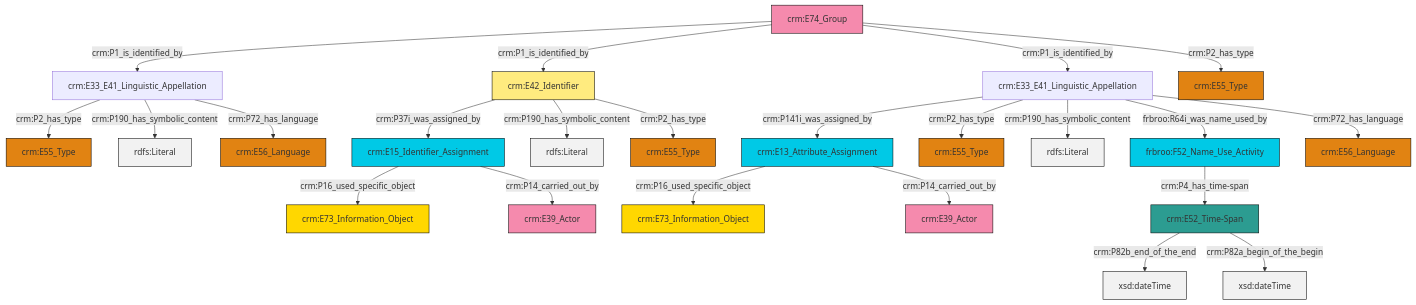
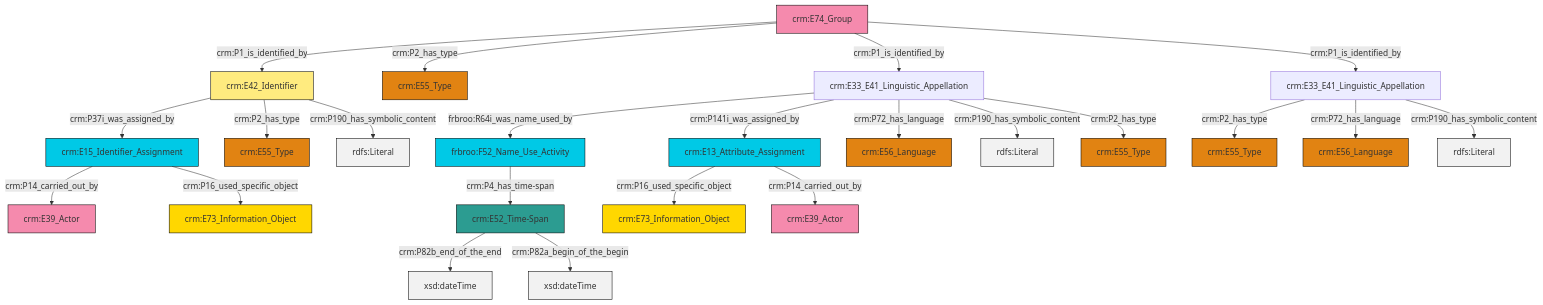
One commit to swiss-art-research-net/docs.swissartresearch changed the diagram in et/groupCSV/ttl/mmd/group_name.ttl.mmd. Above: the diagram before and after it, drawn with Mermaid. The commit also changed 180 other files, not shown here.

```diff
--- a/et/groupCSV/ttl/mmd/group_name.ttl.mmd
+++ b/et/groupCSV/ttl/mmd/group_name.ttl.mmd
@@ -1,37 +1,37 @@
 graph TD
 classDef Literal fill:#f2f2f2,stroke:#000000;
 classDef CRM_Entity fill:#FFFFFF,stroke:#000000;
 classDef Temporal_Entity fill:#00C9E6, stroke:#000000;
 classDef Type fill:#E18312, stroke:#000000;
 classDef Time-Span fill:#2C9C91, stroke:#000000;
 classDef Appellation fill:#FFEB7F, stroke:#000000;
 classDef Place fill:#008836, stroke:#000000;
 classDef Persistent_Item fill:#B266B2, stroke:#000000;
 classDef Conceptual_Object fill:#FFD700, stroke:#000000;
 classDef Physical_Thing fill:#D2B48C, stroke:#000000;
 classDef Actor fill:#f58aad, stroke:#000000;
 classDef PC_Classes fill:#4ce600, stroke:#000000;
 classDef Multi fill:#cccccc,stroke:#000000;
 
-8["frbroo:F52_Name_Use_Activity"]:::Temporal_Entity -->|crm:P4_has_time-span| 9["crm:E52_Time-Span"]:::Time-Span
-10["crm:E13_Attribute_Assignment"]:::Temporal_Entity -->|crm:P16_used_specific_object| 2["crm:E73_Information_Object"]:::Conceptual_Object
-0["crm:E33_E41_Linguistic_Appellation"]:::Default -->|crm:P141i_was_assigned_by| 10["crm:E13_Attribute_Assignment"]:::Temporal_Entity
-6["crm:E33_E41_Linguistic_Appellation"]:::Default -->|crm:P2_has_type| 15["crm:E55_Type"]:::Type
-9["crm:E52_Time-Span"]:::Time-Span -->|crm:P82b_end_of_the_end| 16[xsd:dateTime]:::Literal
-17["crm:E74_Group"]:::Actor -->|crm:P1_is_identified_by| 6["crm:E33_E41_Linguistic_Appellation"]:::Default
-18["crm:E15_Identifier_Assignment"]:::Temporal_Entity -->|crm:P16_used_specific_object| 19["crm:E73_Information_Object"]:::Conceptual_Object
-20["crm:E42_Identifier"]:::Appellation -->|crm:P37i_was_assigned_by| 18["crm:E15_Identifier_Assignment"]:::Temporal_Entity
-0["crm:E33_E41_Linguistic_Appellation"]:::Default -->|crm:P2_has_type| 13["crm:E55_Type"]:::Type
-20["crm:E42_Identifier"]:::Appellation -->|crm:P190_has_symbolic_content| 23[rdfs:Literal]:::Literal
-10["crm:E13_Attribute_Assignment"]:::Temporal_Entity -->|crm:P14_carried_out_by| 24["crm:E39_Actor"]:::Actor
-0["crm:E33_E41_Linguistic_Appellation"]:::Default -->|crm:P190_has_symbolic_content| 27[rdfs:Literal]:::Literal
-18["crm:E15_Identifier_Assignment"]:::Temporal_Entity -->|crm:P14_carried_out_by| 4["crm:E39_Actor"]:::Actor
-6["crm:E33_E41_Linguistic_Appellation"]:::Default -->|crm:P190_has_symbolic_content| 33[rdfs:Literal]:::Literal
-17["crm:E74_Group"]:::Actor -->|crm:P1_is_identified_by| 20["crm:E42_Identifier"]:::Appellation
-0["crm:E33_E41_Linguistic_Appellation"]:::Default -->|frbroo:R64i_was_name_used_by| 8["frbroo:F52_Name_Use_Activity"]:::Temporal_Entity
-17["crm:E74_Group"]:::Actor -->|crm:P1_is_identified_by| 0["crm:E33_E41_Linguistic_Appellation"]:::Default
-0["crm:E33_E41_Linguistic_Appellation"]:::Default -->|crm:P72_has_language| 28["crm:E56_Language"]:::Type
-17["crm:E74_Group"]:::Actor -->|crm:P2_has_type| 30["crm:E55_Type"]:::Type
-6["crm:E33_E41_Linguistic_Appellation"]:::Default -->|crm:P72_has_language| 34["crm:E56_Language"]:::Type
-20["crm:E42_Identifier"]:::Appellation -->|crm:P2_has_type| 11["crm:E55_Type"]:::Type
-9["crm:E52_Time-Span"]:::Time-Span -->|crm:P82a_begin_of_the_begin| 41[xsd:dateTime]:::Literal
+0["crm:E74_Group"]:::Actor -->|crm:P1_is_identified_by| 1["crm:E42_Identifier"]:::Appellation
+4["crm:E33_E41_Linguistic_Appellation"]:::Default -->|frbroo:R64i_was_name_used_by| 5["frbroo:F52_Name_Use_Activity"]:::Temporal_Entity
+4["crm:E33_E41_Linguistic_Appellation"]:::Default -->|crm:P141i_was_assigned_by| 6["crm:E13_Attribute_Assignment"]:::Temporal_Entity
+1["crm:E42_Identifier"]:::Appellation -->|crm:P37i_was_assigned_by| 9["crm:E15_Identifier_Assignment"]:::Temporal_Entity
+4["crm:E33_E41_Linguistic_Appellation"]:::Default -->|crm:P72_has_language| 7["crm:E56_Language"]:::Type
+13["crm:E33_E41_Linguistic_Appellation"]:::Default -->|crm:P2_has_type| 10["crm:E55_Type"]:::Type
+1["crm:E42_Identifier"]:::Appellation -->|crm:P2_has_type| 19["crm:E55_Type"]:::Type
+0["crm:E74_Group"]:::Actor -->|crm:P2_has_type| 14["crm:E55_Type"]:::Type
+20["crm:E52_Time-Span"]:::Time-Span -->|crm:P82b_end_of_the_end| 21[xsd:dateTime]:::Literal
+6["crm:E13_Attribute_Assignment"]:::Temporal_Entity -->|crm:P16_used_specific_object| 24["crm:E73_Information_Object"]:::Conceptual_Object
+0["crm:E74_Group"]:::Actor -->|crm:P1_is_identified_by| 4["crm:E33_E41_Linguistic_Appellation"]:::Default
+9["crm:E15_Identifier_Assignment"]:::Temporal_Entity -->|crm:P14_carried_out_by| 22["crm:E39_Actor"]:::Actor
+4["crm:E33_E41_Linguistic_Appellation"]:::Default -->|crm:P190_has_symbolic_content| 27[rdfs:Literal]:::Literal
+0["crm:E74_Group"]:::Actor -->|crm:P1_is_identified_by| 13["crm:E33_E41_Linguistic_Appellation"]:::Default
+5["frbroo:F52_Name_Use_Activity"]:::Temporal_Entity -->|crm:P4_has_time-span| 20["crm:E52_Time-Span"]:::Time-Span
+9["crm:E15_Identifier_Assignment"]:::Temporal_Entity -->|crm:P16_used_specific_object| 31["crm:E73_Information_Object"]:::Conceptual_Object
+13["crm:E33_E41_Linguistic_Appellation"]:::Default -->|crm:P72_has_language| 2["crm:E56_Language"]:::Type
+20["crm:E52_Time-Span"]:::Time-Span -->|crm:P82a_begin_of_the_begin| 37[xsd:dateTime]:::Literal
+1["crm:E42_Identifier"]:::Appellation -->|crm:P190_has_symbolic_content| 38[rdfs:Literal]:::Literal
+13["crm:E33_E41_Linguistic_Appellation"]:::Default -->|crm:P190_has_symbolic_content| 39[rdfs:Literal]:::Literal
+6["crm:E13_Attribute_Assignment"]:::Temporal_Entity -->|crm:P14_carried_out_by| 25["crm:E39_Actor"]:::Actor
+4["crm:E33_E41_Linguistic_Appellation"]:::Default -->|crm:P2_has_type| 17["crm:E55_Type"]:::Type
```
